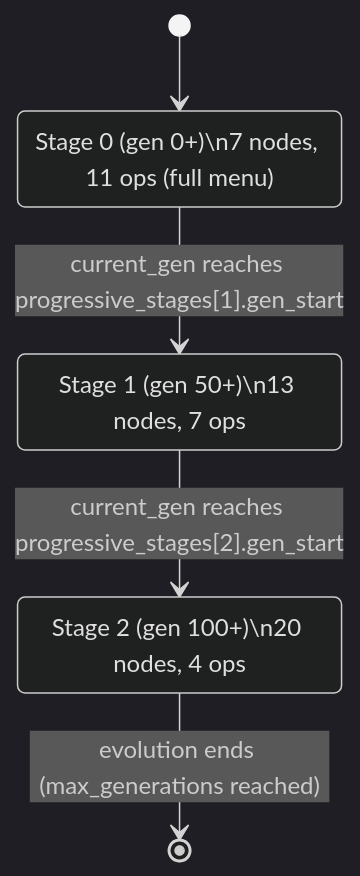
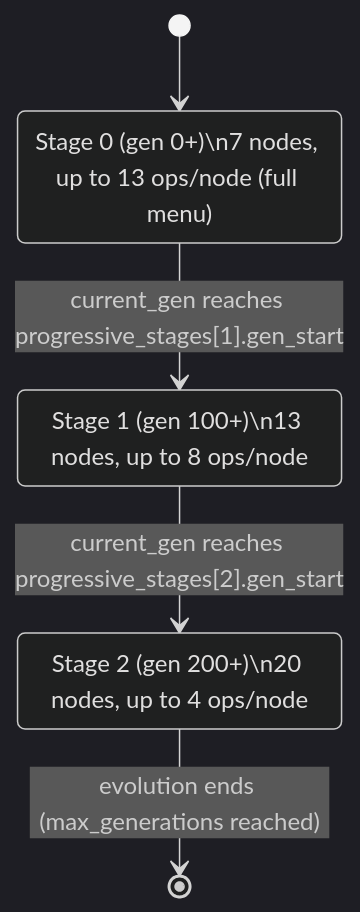
Before and after one commit to slynrick/qnas_torch: the seventh of 9 diagrams in docs/QNAS_ARCHITECTURE.md, drawn with Mermaid (dark theme). The commit also changed other lines of this file and 3 other files, not shown here.

````diff
--- a/docs/QNAS_ARCHITECTURE.md
+++ b/docs/QNAS_ARCHITECTURE.md
@@ -469,10 +514,10 @@
 ```mermaid
 stateDiagram-v2
     [*] --> Stage0
-    Stage0: Stage 0 (gen 0+)\n7 nodes, 11 ops (full menu)
-    Stage1: Stage 1 (gen 50+)\n13 nodes, 7 ops
-    Stage2: Stage 2 (gen 100+)\n20 nodes, 4 ops
+    Stage0: Stage 0 (gen 0+)\n7 nodes, up to 13 ops/node (full menu)
+    Stage1: Stage 1 (gen 100+)\n13 nodes, up to 8 ops/node
+    Stage2: Stage 2 (gen 200+)\n20 nodes, up to 4 ops/node
     Stage0 --> Stage1: current_gen reaches progressive_stages[1].gen_start
     Stage1 --> Stage2: current_gen reaches progressive_stages[2].gen_start
     Stage2 --> [*]: evolution ends (max_generations reached)
 ```
````
